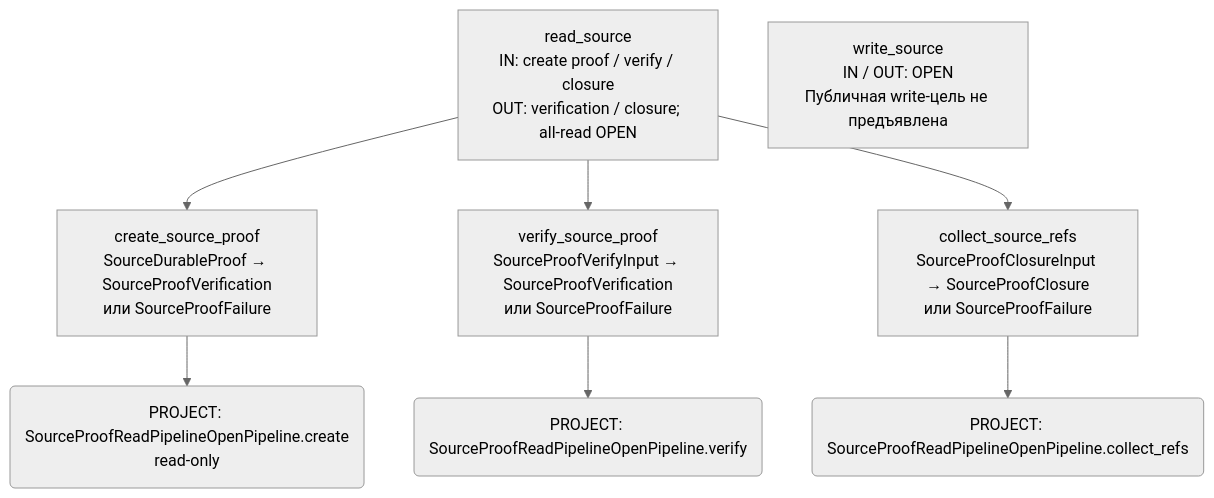
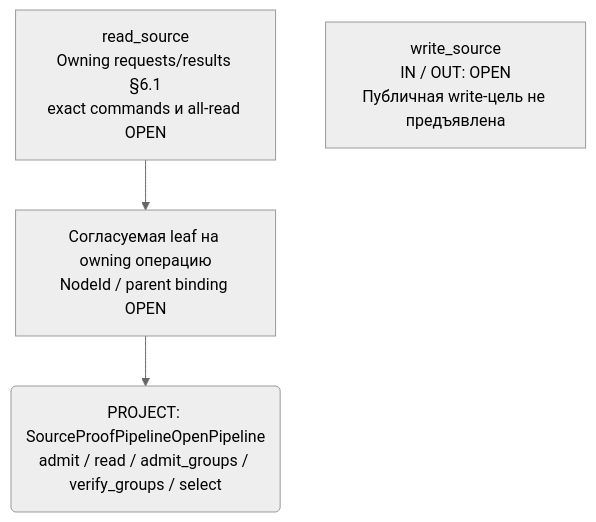
Before and after one commit to AndrewBondaren/AI-Project: the fifth of 5 diagrams in .cursor/plans/gen-dag-cache-pack-source-families.md, drawn with Mermaid (neutral theme). The commit also changed other lines of this file and 16 other files, not shown here.

````diff
--- a/.cursor/plans/gen-dag-cache-pack-source-families.md
+++ b/.cursor/plans/gen-dag-cache-pack-source-families.md
@@ -287,14 +289,8 @@
 ```mermaid
 flowchart TB
-  R["read_source<br/>IN: create proof / verify / closure<br/>OUT: verification / closure; all-read OPEN"]
-  C["create_source_proof<br/>SourceDurableProof → SourceProofVerification<br/>или SourceProofFailure"]
-  V["verify_source_proof<br/>SourceProofVerifyInput → SourceProofVerification<br/>или SourceProofFailure"]
-  L["collect_source_refs<br/>SourceProofClosureInput → SourceProofClosure<br/>или SourceProofFailure"]
+  R["read_source<br/>Owning requests/results §6.1<br/>exact commands и all-read OPEN"]
+  C["Согласуемая leaf на owning операцию<br/>NodeId / parent binding OPEN"]
   W["write_source<br/>IN / OUT: OPEN<br/>Публичная write-цель не предъявлена"]
   R --> C
-  R --> V
-  R --> L
-  C --> PC("PROJECT: SourceProofReadPipelineOpenPipeline.create<br/>read-only")
-  V --> PV("PROJECT: SourceProofReadPipelineOpenPipeline.verify")
-  L --> PL("PROJECT: SourceProofReadPipelineOpenPipeline.collect_refs")
+  C --> PC("PROJECT: SourceProofPipelineOpenPipeline<br/>admit / read / admit_groups / verify_groups / select")
 ```
````
